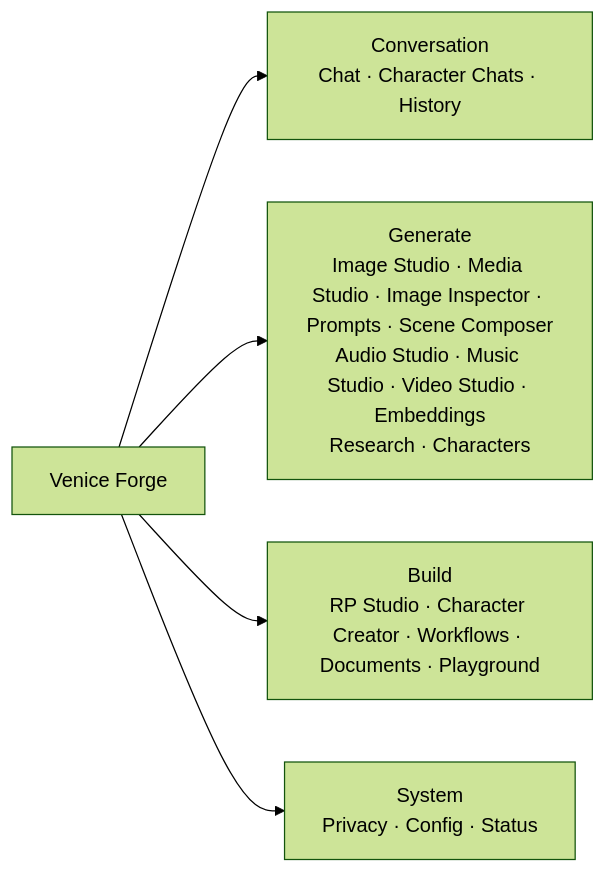
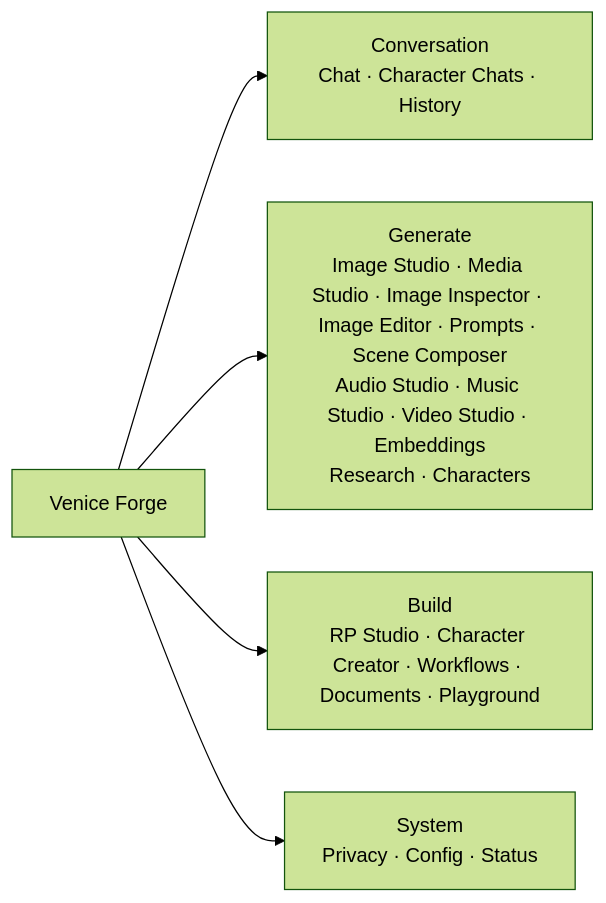
One commit to spearchucker667/Venice_Forge changed the diagram in README.md. Above: the diagram before and after it, drawn with Mermaid (forest theme). The commit also changed other lines of this file and 34 other files, not shown here.

First line of the commit message:
Add dedicated Image Editor workflow

````diff
--- a/README.md
+++ b/README.md
@@ -136,8 +137,8 @@
 ```mermaid
 flowchart LR
   VF["Venice Forge"]
   VF --> Conversation["Conversation<br/>Chat · Character Chats · History"]
-  VF --> Generate["Generate<br/>Image Studio · Media Studio · Image Inspector · Prompts · Scene Composer<br/>Audio Studio · Music Studio · Video Studio · Embeddings<br/>Research · Characters"]
+  VF --> Generate["Generate<br/>Image Studio · Media Studio · Image Inspector · Image Editor · Prompts · Scene Composer<br/>Audio Studio · Music Studio · Video Studio · Embeddings<br/>Research · Characters"]
   VF --> Build["Build<br/>RP Studio · Character Creator · Workflows · Documents · Playground"]
   VF --> System["System<br/>Privacy · Config · Status"]
 ```
````
